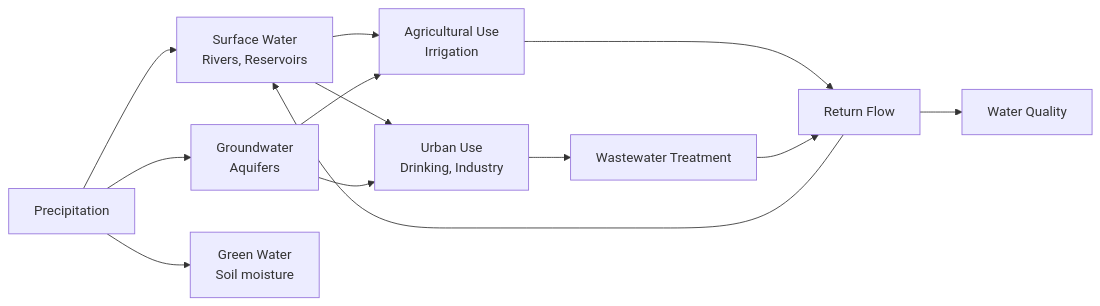
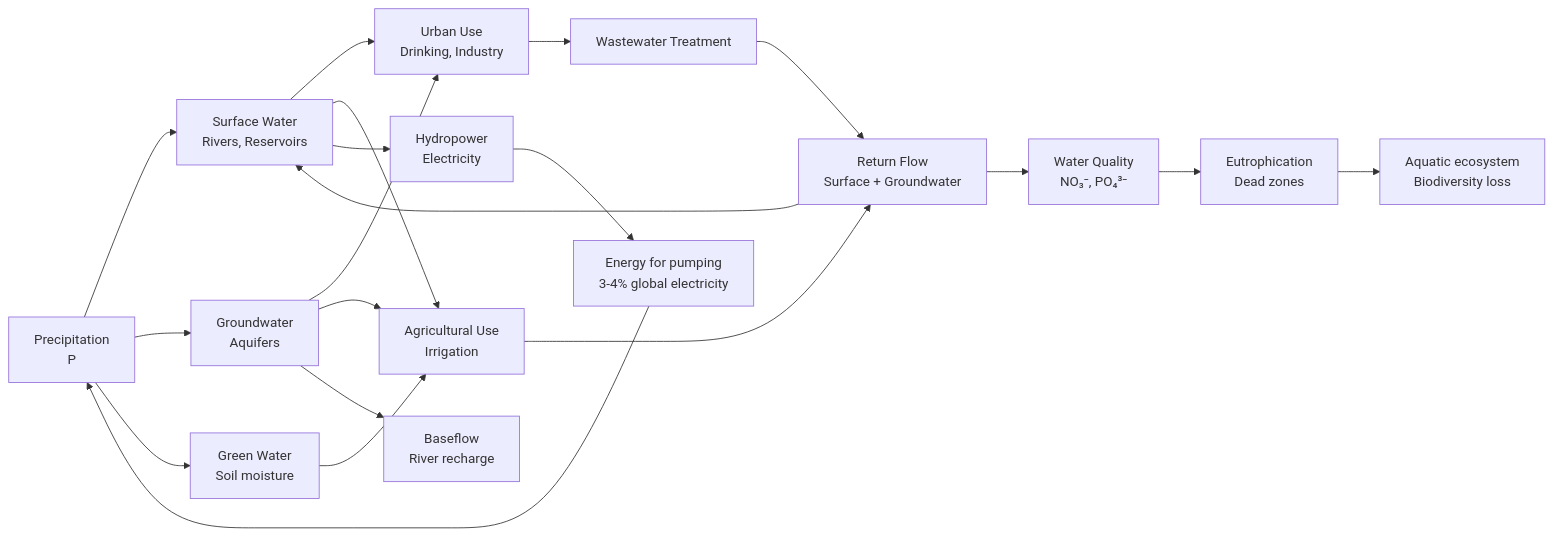
One commit to yip-lgtm/civil-bootcamp changed the first of 5 diagrams in MIT_CEE_Core/Track_3_Energy_Transportation_Societal_Systems/Transportation_Urban_Systems/03_1.075_Water_Resource_Systems.md. Above: the diagram before and after it, drawn with Mermaid. The commit also changed other lines of this file and 6 other files, not shown here.

````diff
--- a/MIT_CEE_Core/Track_3_Energy_Transportation_Societal_Systems/Transportation_Urban_Systems/03_1.075_Water_Resource_Systems.md
+++ b/MIT_CEE_Core/Track_3_Energy_Transportation_Societal_Systems/Transportation_Urban_Systems/03_1.075_Water_Resource_Systems.md
@@ -149,15 +590,22 @@
 ```mermaid
 graph LR
-    A[Precipitation] --> B[Surface Water<br/>Rivers, Reservoirs]
+    A[Precipitation<br/>P] --> B[Surface Water<br/>Rivers, Reservoirs]
     A --> C[Groundwater<br/>Aquifers]
     A --> D[Green Water<br/>Soil moisture]
     B --> E[Urban Use<br/>Drinking, Industry]
     B --> F[Agricultural Use<br/>Irrigation]
+    B --> G[Hydropower<br/>Electricity]
     C --> E
     C --> F
-    E --> G[Wastewater Treatment]
-    F --> H[Return Flow]
-    G --> H
-    H --> B
-    H --> I[Water Quality]
+    C --> H[Baseflow<br/>River recharge]
+    D --> F
+    E --> I[Wastewater Treatment]
+    F --> J[Return Flow<br/>Surface + Groundwater]
+    I --> J
+    J --> B
+    J --> K[Water Quality<br/>NO₃⁻, PO₄³⁻]
+    K --> L[Eutrophication<br/>Dead zones]
+    L --> M[Aquatic ecosystem<br/>Biodiversity loss]
+    G --> N[Energy for pumping<br/>3-4% global electricity]
+    N --> A
 ```
````
